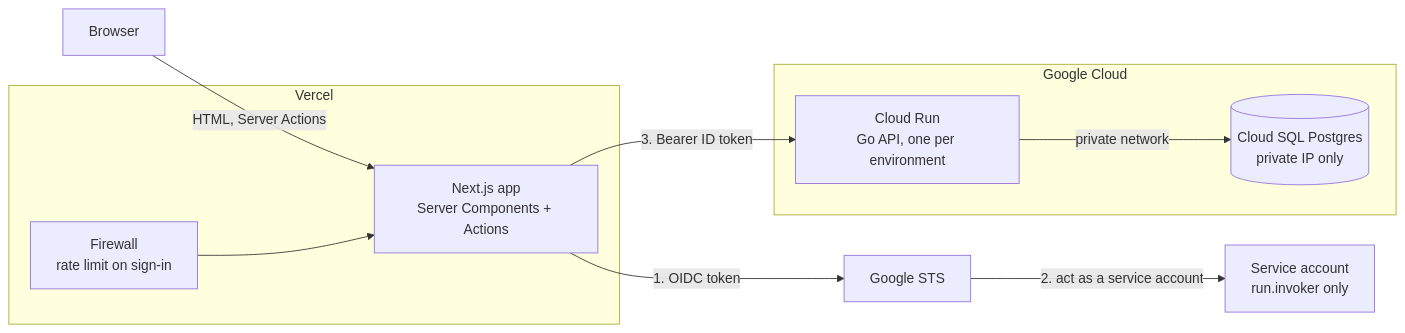
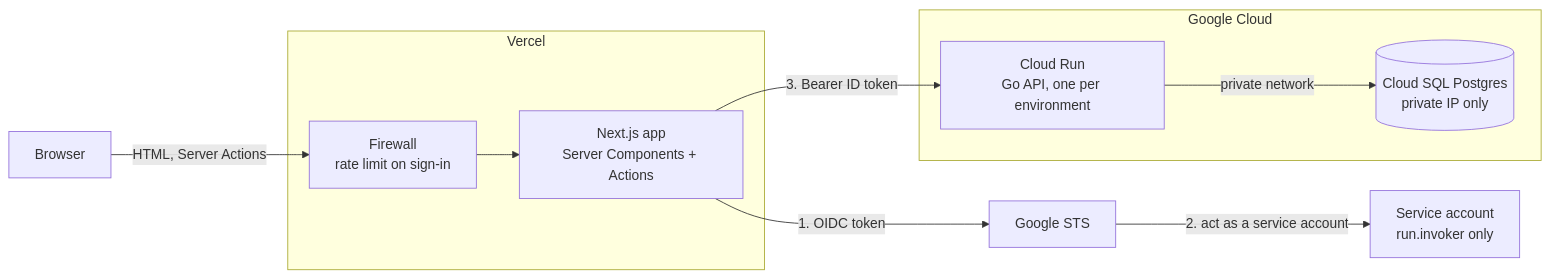
The diagram in README.md (rizkybiz/scullery), drawn with Mermaid before and after one commit.

Commit message:
docs: make the README diagram's subgraphs render reliably
Subgraph titles with spaces need an id; the browser now enters through
the Firewall node, which is where requests actually arrive.

````diff
--- a/README.md
+++ b/README.md
@@ -10,13 +10,13 @@
 ```mermaid
 flowchart LR
-  B[Browser] -->|HTML, Server Actions| V
-  subgraph Vercel
+  B[Browser] -->|HTML, Server Actions| F
+  subgraph VC [Vercel]
     F[Firewall<br/>rate limit on sign-in] --> V[Next.js app<br/>Server Components + Actions]
   end
   V -->|1. OIDC token| STS[Google STS]
   STS -->|2. act as a service account| SA[Service account<br/>run.invoker only]
   V -->|3. Bearer ID token| CR
-  subgraph Google Cloud
+  subgraph GCP [Google Cloud]
     CR[Cloud Run<br/>Go API, one per environment] -->|private network| SQL[(Cloud SQL Postgres<br/>private IP only)]
   end
 ```
````
